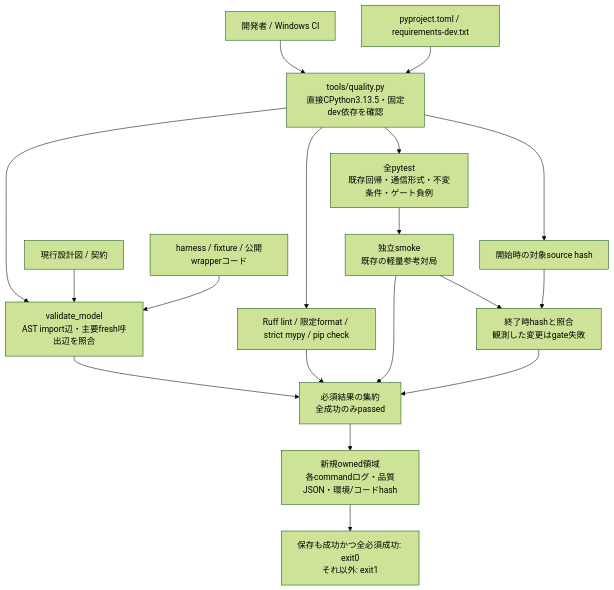
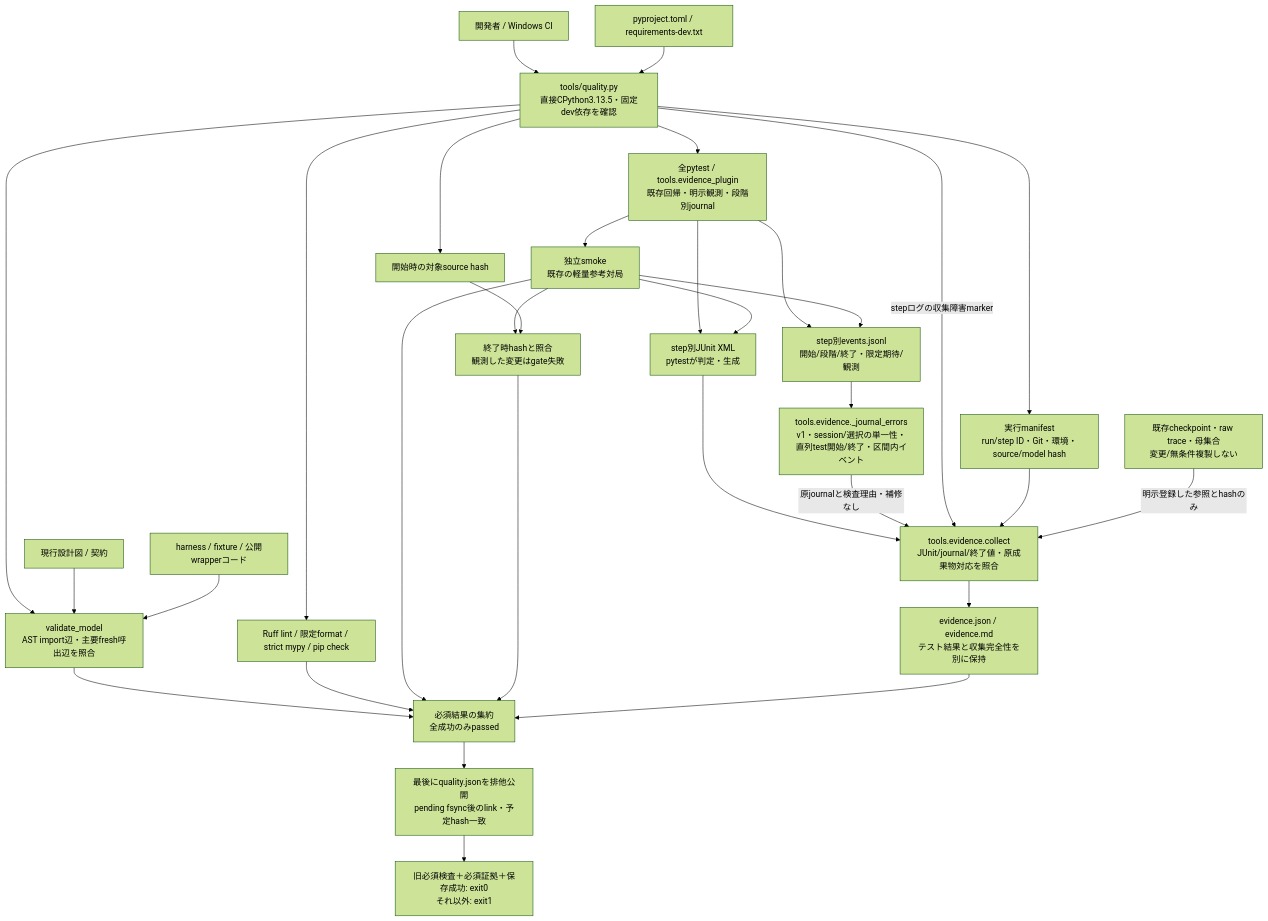
The sixth of 7 diagrams in docs/harness_architecture.md (nonnhjleno/reversi-ai), drawn with Mermaid (forest theme) before and after one commit. The commit also changed other lines of this file and 12 other files, not shown here.

````diff
--- a/docs/harness_architecture.md
+++ b/docs/harness_architecture.md
@@ -302,20 +302,33 @@
 ```mermaid
 flowchart TD
     DEV["開発者 / Windows CI"] --> Q["tools/quality.py<br/>直接CPython3.13.5・固定dev依存を確認"]
     CFG["pyproject.toml / requirements-dev.txt"] --> Q
     Q --> M["validate_model<br/>AST import辺・主要fresh呼出辺を照合"]
     DOC["現行設計図 / 契約"] --> M
     CODE["harness / fixture / 公開wrapperコード"] --> M
     Q --> L["Ruff lint / 限定format / strict mypy / pip check"]
-    Q --> T["全pytest<br/>既存回帰・通信形式・不変条件・ゲート負例"]
+    Q --> T["全pytest / tools.evidence_plugin<br/>既存回帰・明示観測・段階別journal"]
     T --> S["独立smoke<br/>既存の軽量参考対局"]
     M --> OUT["必須結果の集約<br/>全成功のみpassed"]
     L --> OUT
     S --> OUT
     Q --> SNAP["開始時の対象source hash"]
     S --> SAME["終了時hashと照合<br/>観測した変更はgate失敗"]
     SNAP --> SAME
     SAME --> OUT
-    OUT --> LOG["新規owned領域<br/>各commandログ・品質JSON・環境/コードhash"]
-    LOG --> EXIT["保存も成功かつ全必須成功: exit0<br/>それ以外: exit1"]
+    T --> XML["step別JUnit XML<br/>pytestが判定・生成"]
+    S --> XML
+    T --> JOURNAL["step別events.jsonl<br/>開始/段階/終了・限定期待/観測"]
+    S --> JOURNAL
+    Q --> MAN["実行manifest<br/>run/step ID・Git・環境・source/model hash"]
+    XML --> EC["tools.evidence.collect<br/>JUnit/journal/終了値・原成果物対応を照合"]
+    JOURNAL --> JL["tools.evidence._journal_errors<br/>v1・session/選択の単一性・直列test開始/終了・区間内イベント"]
+    JL -->|"原journalと検査理由・補修なし"| EC
+    Q -->|"stepログの収集障害marker"| EC
+    MAN --> EC
+    ORIGINAL["既存checkpoint・raw trace・母集合<br/>変更/無条件複製しない"] -->|"明示登録した参照とhashのみ"| EC
+    EC --> EV["evidence.json / evidence.md<br/>テスト結果と収集完全性を別に保持"]
+    EV --> OUT
+    OUT --> LOG["最後にquality.jsonを排他公開<br/>pending fsync後のlink・予定hash一致"]
+    LOG --> EXIT["旧必須検査＋必須証拠＋保存成功: exit0<br/>それ以外: exit1"]
 ```
````
